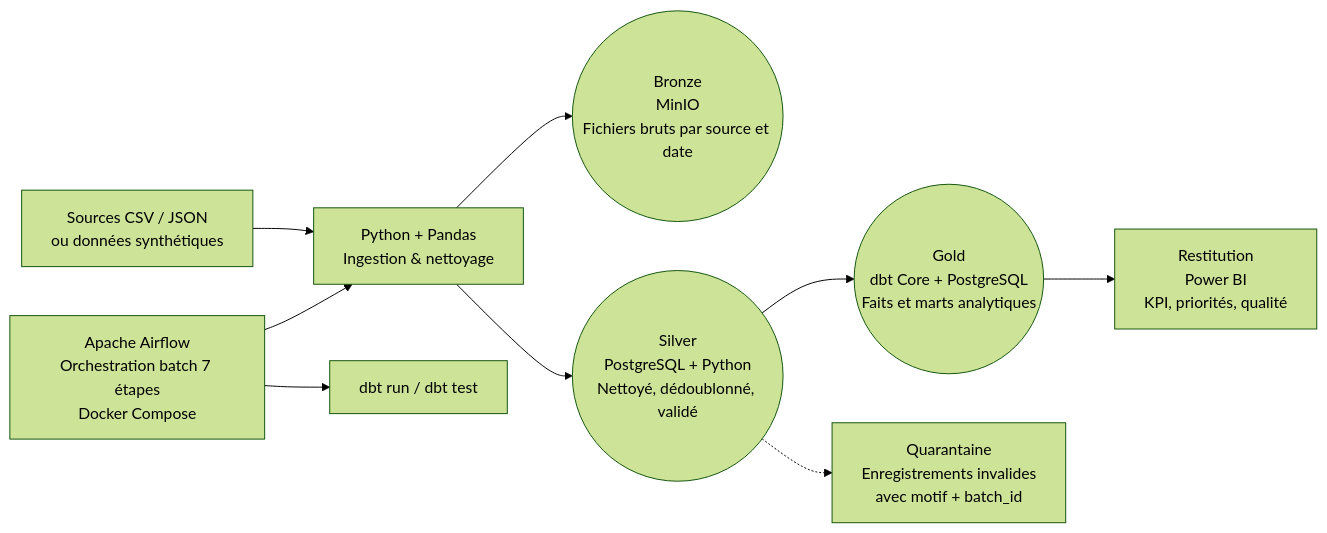
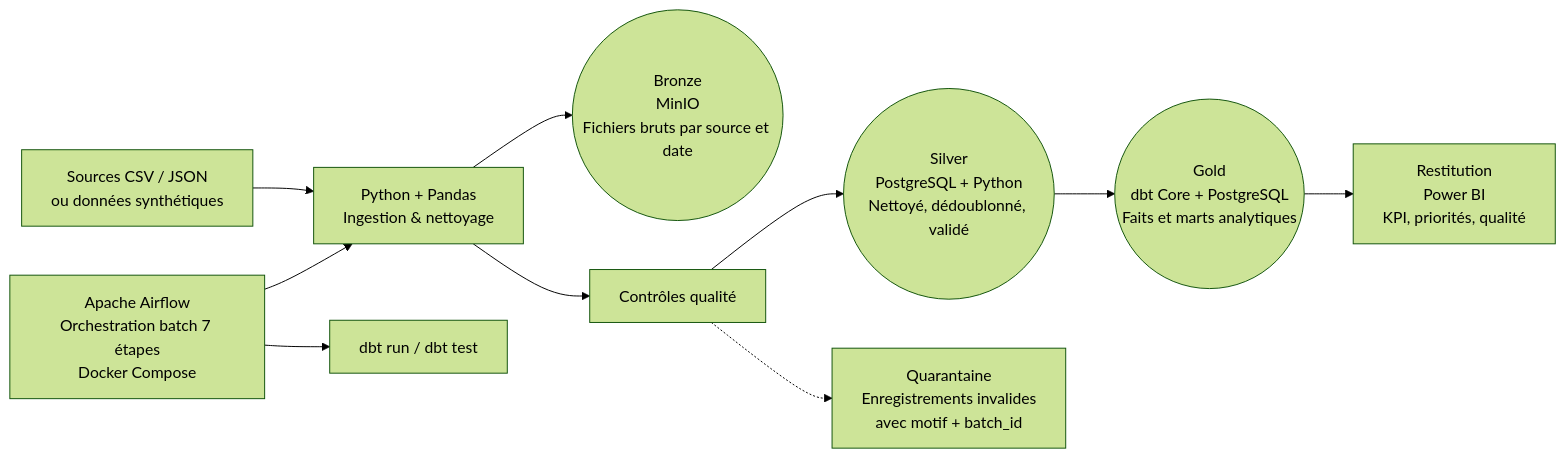
The diagram in docs/architecture_v1.md (SelmaneWissal/RadioCare), drawn with Mermaid (forest theme) before and after one commit. The commit also changed 2 other files, not shown here.

Commit message:
fin de M1

````diff
--- a/docs/architecture_v1.md
+++ b/docs/architecture_v1.md
@@ -5,20 +5,21 @@
 ```mermaid
 flowchart LR
     Sources[Sources CSV / JSON<br/>ou données synthétiques]
     Python[Python + Pandas<br/>Ingestion & nettoyage]
     Bronze((Bronze<br/>MinIO<br/>Fichiers bruts par source et date))
     Silver((Silver<br/>PostgreSQL + Python<br/>Nettoyé, dédoublonné, validé))
     Gold((Gold<br/>dbt Core + PostgreSQL<br/>Faits et marts analytiques))
     Restitution[Restitution<br/>Power BI<br/>KPI, priorités, qualité]
     Airflow[Apache Airflow<br/>Orchestration batch 7 étapes<br/>Docker Compose]
     Quarantine[Quarantaine<br/>Enregistrements invalides<br/>avec motif + batch_id]
 
     Sources --> Python
     Python --> Bronze
-    Python --> Silver
+    Python --> Quality[Contrôles qualité]
+    Quality --> Silver
+    Quality -.-> Quarantine
     Silver --> Gold
     Gold --> Restitution
     Airflow --> Python
     Airflow --> dbt[dbt run / dbt test]
-    Silver -.-> Quarantine
 ```
````
